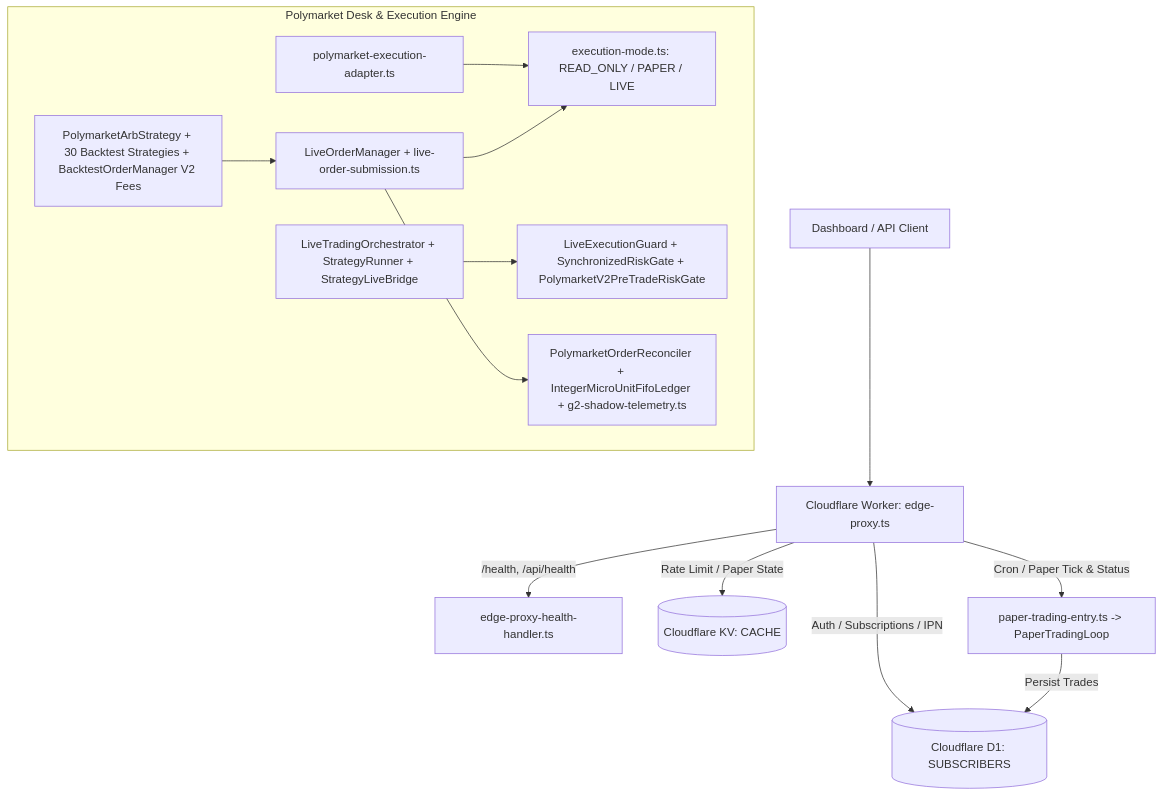
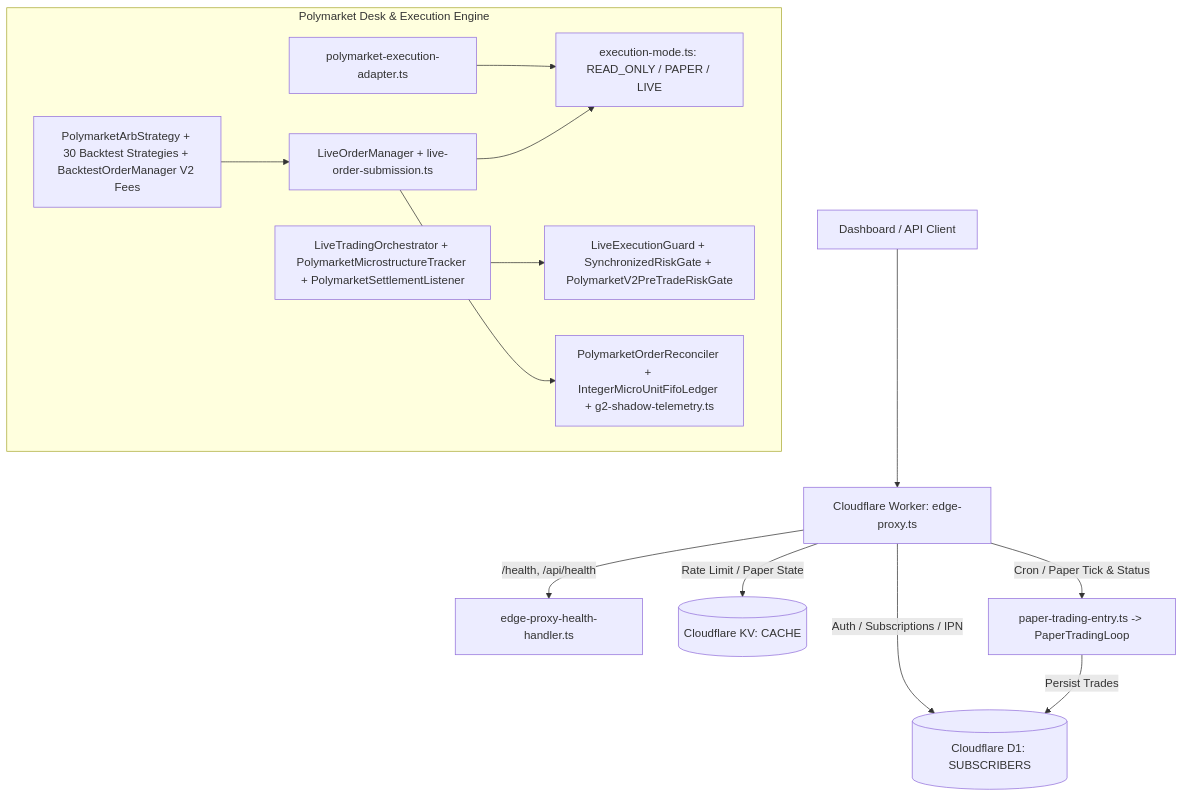
Before and after one commit to minhlongs/algo-trader: the diagram in plans/reports/audit-261101-golive-poly/01-system-map.md, drawn with Mermaid. The commit also changed 23 other files, not shown here.

First line of the commit message:
feat(polymarket): wire runtime settlement, VWAP MTM and dynamic OFI/VPIN risk context (#261)

````diff
--- a/plans/reports/audit-261101-golive-poly/01-system-map.md
+++ b/plans/reports/audit-261101-golive-poly/01-system-map.md
@@ -5,25 +5,25 @@
 ```mermaid
 flowchart TD
   Client[Dashboard / API Client] --> Edge[Cloudflare Worker: edge-proxy.ts]
   Edge -->|/health, /api/health| Health[edge-proxy-health-handler.ts]
   Edge -->|Auth / Subscriptions / IPN| D1[(Cloudflare D1: SUBSCRIBERS)]
   Edge -->|Rate Limit / Paper State| KV[(Cloudflare KV: CACHE)]
   Edge -->|Cron / Paper Tick & Status| Paper[paper-trading-entry.ts -> PaperTradingLoop]
   Paper -->|Persist Trades| D1
 
   subgraph NodeDesk [Polymarket Desk & Execution Engine]
     ModeGate[execution-mode.ts: READ_ONLY / PAPER / LIVE]
     ExecGuard[LiveExecutionGuard + SynchronizedRiskGate + PolymarketV2PreTradeRiskGate]
     Builder[polymarket-execution-adapter.ts]
-    Orch[LiveTradingOrchestrator + StrategyRunner + StrategyLiveBridge]
+    Orch[LiveTradingOrchestrator + PolymarketMicrostructureTracker + PolymarketSettlementListener]
     LOM[LiveOrderManager + live-order-submission.ts]
     Reconciler[PolymarketOrderReconciler + IntegerMicroUnitFifoLedger + g2-shadow-telemetry.ts]
     Arb[PolymarketArbStrategy + 30 Backtest Strategies + BacktestOrderManager V2 Fees]
   end
 
   Arb --> LOM
   Orch --> ExecGuard
   Builder --> ModeGate
   LOM --> ModeGate
   LOM --> Reconciler
 ```
````
